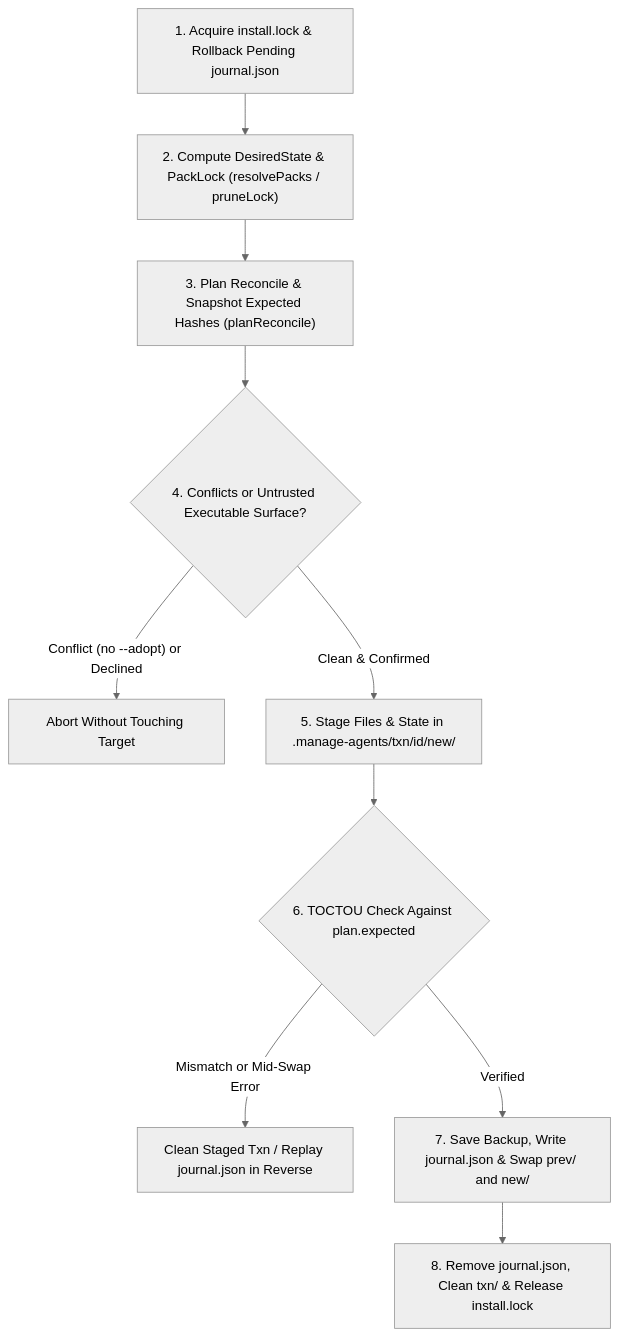
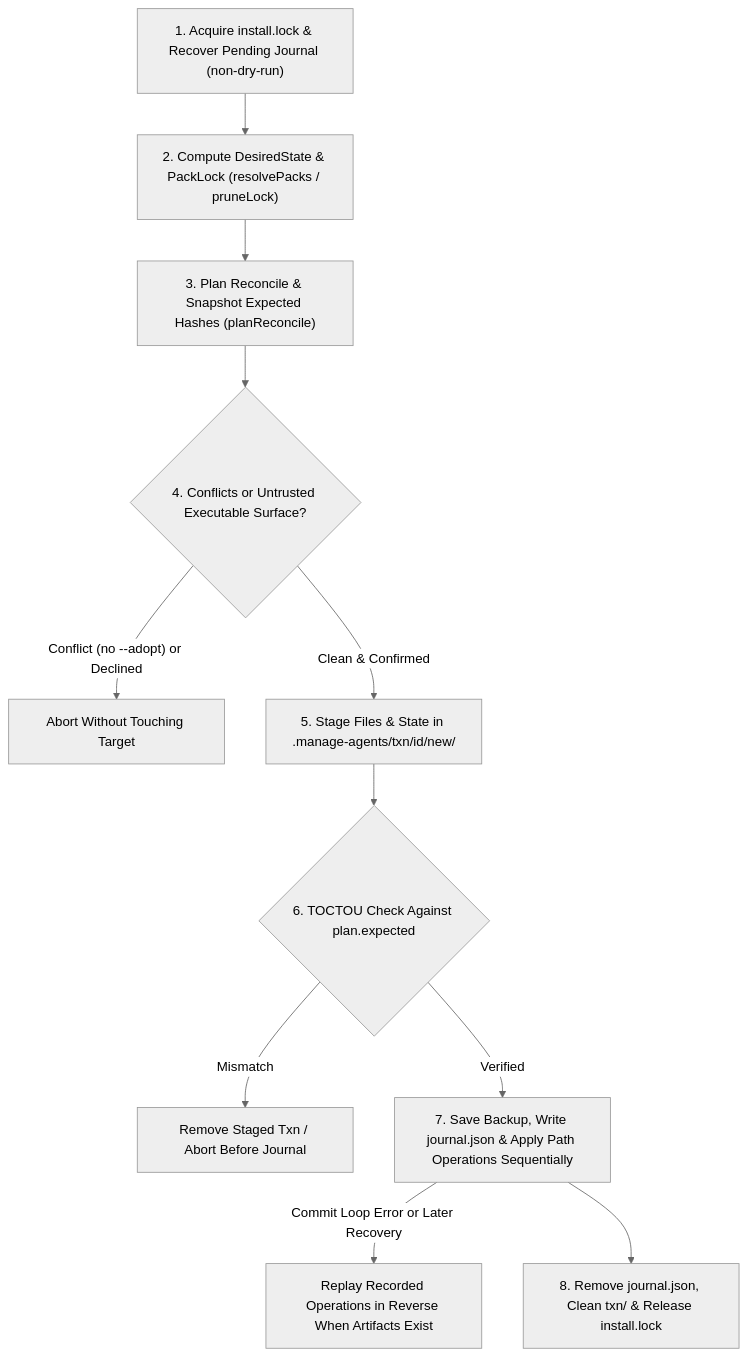
The diagram in wiki/concepts/pack-lifecycle-and-target-safety.md (lorecanc/manage-agents), drawn with Mermaid (neutral theme) before and after one commit. The commit also changed other lines of this file and 27 other files, not shown here.

````diff
--- a/wiki/concepts/pack-lifecycle-and-target-safety.md
+++ b/wiki/concepts/pack-lifecycle-and-target-safety.md
@@ -163,12 +171,13 @@
 ```mermaid
 graph TD
-    Lock["1. Acquire install.lock & Rollback Pending journal.json"] --> Resolve["2. Compute DesiredState & PackLock (resolvePacks / pruneLock)"]
+    Lock["1. Acquire install.lock & Recover Pending Journal (non-dry-run)"] --> Resolve["2. Compute DesiredState & PackLock (resolvePacks / pruneLock)"]
     Resolve --> Plan["3. Plan Reconcile & Snapshot Expected Hashes (planReconcile)"]
     Plan --> Gate{"4. Conflicts or Untrusted Executable Surface?"}
     Gate -->|"Conflict (no --adopt) or Declined"| Abort["Abort Without Touching Target"]
     Gate -->|"Clean & Confirmed"| Stage["5. Stage Files & State in .manage-agents/txn/id/new/"]
     Stage --> Touched{"6. TOCTOU Check Against plan.expected"}
-    Touched -->|"Mismatch or Mid-Swap Error"| Rollback["Clean Staged Txn / Replay journal.json in Reverse"]
-    Touched -->|"Verified"| Commit["7. Save Backup, Write journal.json & Swap prev/ and new/"]
+    Touched -->|"Mismatch"| AbortStage["Remove Staged Txn / Abort Before Journal"]
+    Touched -->|"Verified"| Commit["7. Save Backup, Write journal.json & Apply Path Operations Sequentially"]
+    Commit -->|"Commit Loop Error or Later Recovery"| Rollback["Replay Recorded Operations in Reverse When Artifacts Exist"]
     Commit --> Done["8. Remove journal.json, Clean txn/ & Release install.lock"]
 ```
````
